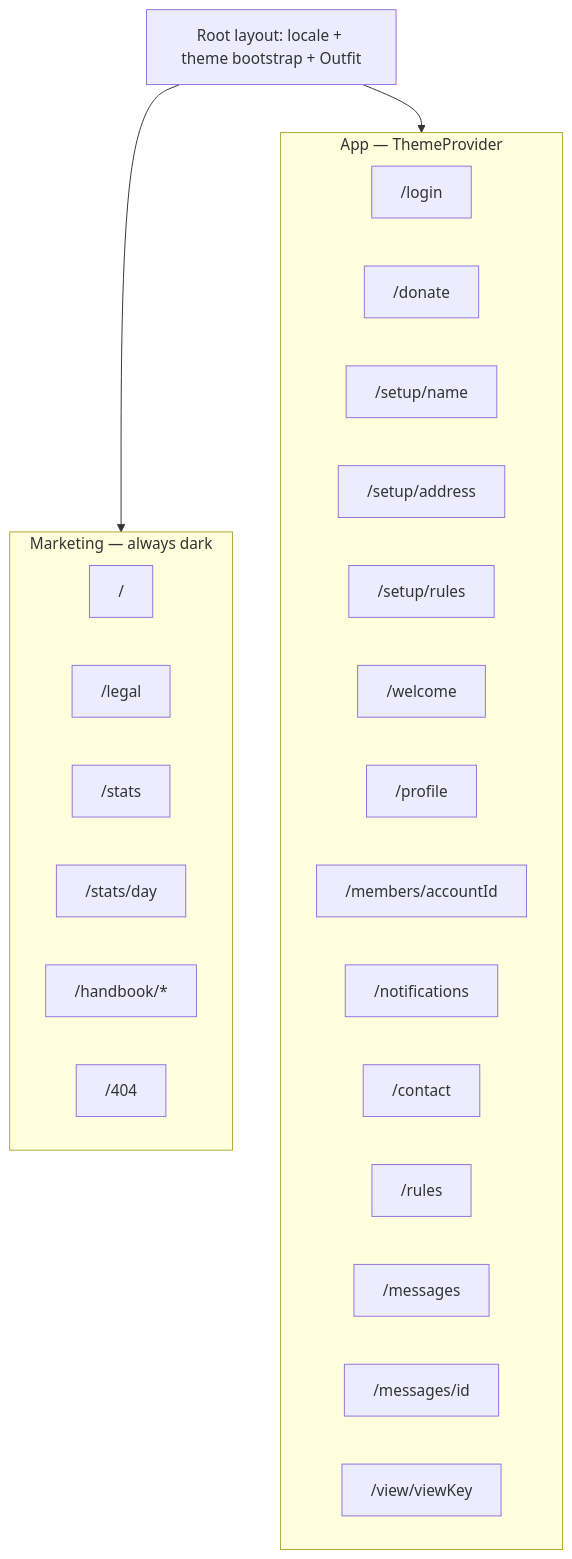
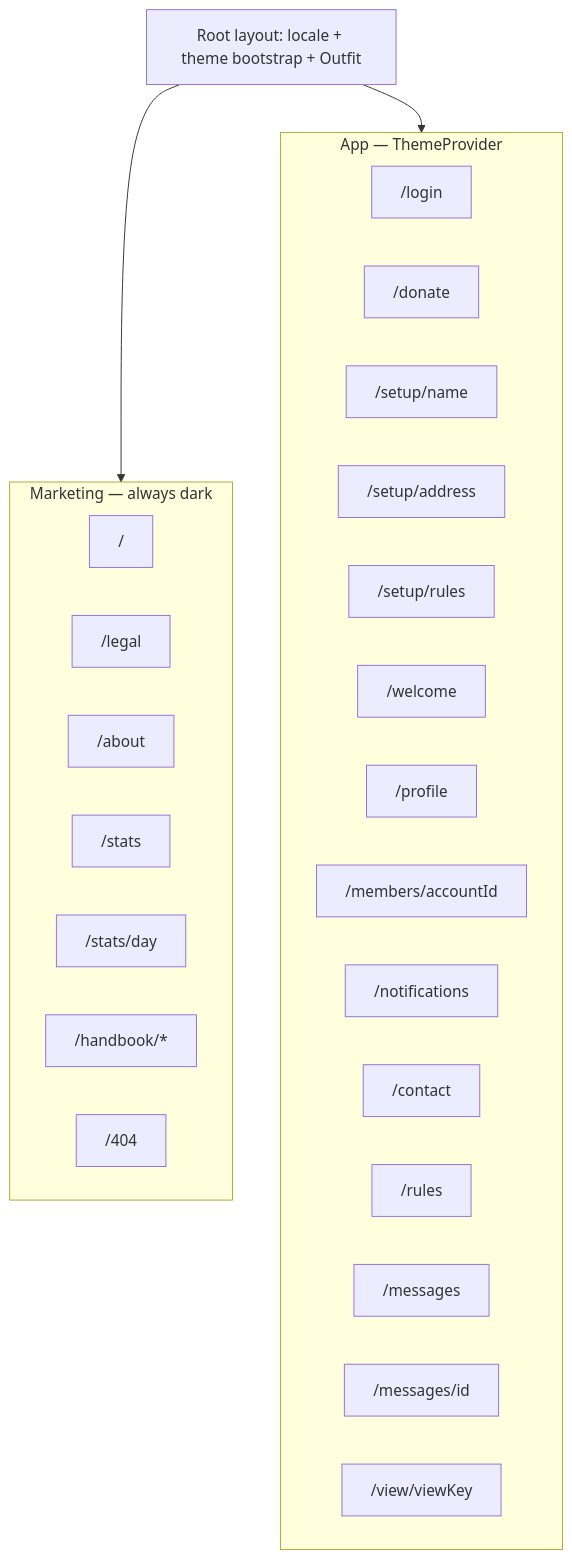
One commit to 21gifts/app changed the second of 3 diagrams in docs/ui.md. Above: the diagram before and after it, drawn with Mermaid. The commit also changed other lines of this file and 6 other files, not shown here.

````diff
--- a/docs/ui.md
+++ b/docs/ui.md
@@ -334,30 +336,31 @@
 ```mermaid
 flowchart TB
   subgraph mkt [Marketing — always dark]
     R["/"]
     L["/legal"]
+    A["/about"]
     S["/stats"]
     SD["/stats/day"]
     H["/handbook/*"]
     F["/404"]
   end
   subgraph app [App — ThemeProvider]
     LI["/login"]
     DO["/donate"]
     SN["/setup/name"]
     SA["/setup/address"]
     SR["/setup/rules"]
     W["/welcome"]
     P["/profile"]
     MEM["/members/accountId"]
     N["/notifications"]
     C["/contact"]
     RU["/rules"]
     IN["/messages"]
     MID["/messages/id"]
     V["/view/viewKey"]
   end
   root[Root layout: locale + theme bootstrap + Outfit]
   root --> mkt
   root --> app
 ```
````
